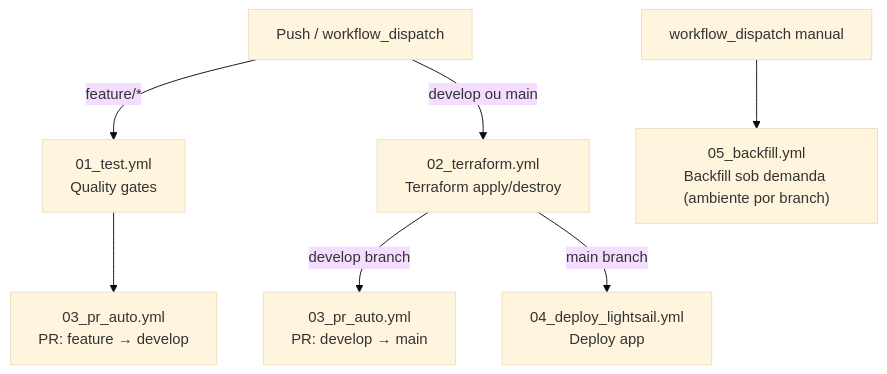
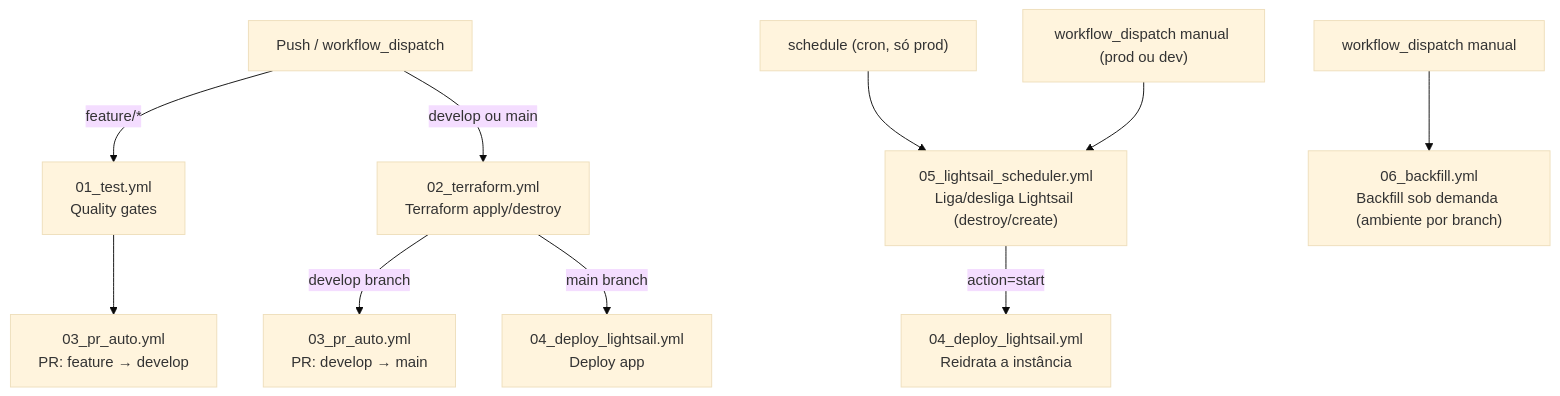
One commit to lucas-soares-galvao/movie-data-pipeline-aws changed the diagram in .github/workflow.md. Above: the diagram before and after it, drawn with Mermaid (base theme). The commit also changed other lines of this file and 44 other files, not shown here.

Commit message:
feat: adicionando processo de exclusão do lightsail a partir do schedule e adicionando uma instância menor em dev

````diff
--- a/.github/workflow.md
+++ b/.github/workflow.md
@@ -18,13 +21,17 @@
 ```mermaid
 flowchart TD
     PUSH["Push / workflow_dispatch"]
 
     PUSH -->|feature/*| TEST["01_test.yml\nQuality gates"]
     PUSH -->|develop ou main| TF["02_terraform.yml\nTerraform apply/destroy"]
 
     TEST --> PR_FEAT["03_pr_auto.yml\nPR: feature → develop"]
     TF -->|develop branch| PR_ENV["03_pr_auto.yml\nPR: develop → main"]
     TF -->|main branch| DEPLOY["04_deploy_lightsail.yml\nDeploy app"]
 
-    MANUAL["workflow_dispatch manual"] --> BACKFILL["05_backfill.yml\nBackfill sob demanda (ambiente por branch)"]
+    CRON["schedule (cron, só prod)"] --> SCHED["05_lightsail_scheduler.yml\nLiga/desliga Lightsail (destroy/create)"]
+    MANUAL2["workflow_dispatch manual (prod ou dev)"] --> SCHED
+    SCHED -->|action=start| DEPLOY2["04_deploy_lightsail.yml\nReidrata a instância"]
+
+    MANUAL["workflow_dispatch manual"] --> BACKFILL["06_backfill.yml\nBackfill sob demanda (ambiente por branch)"]
 ```
````
